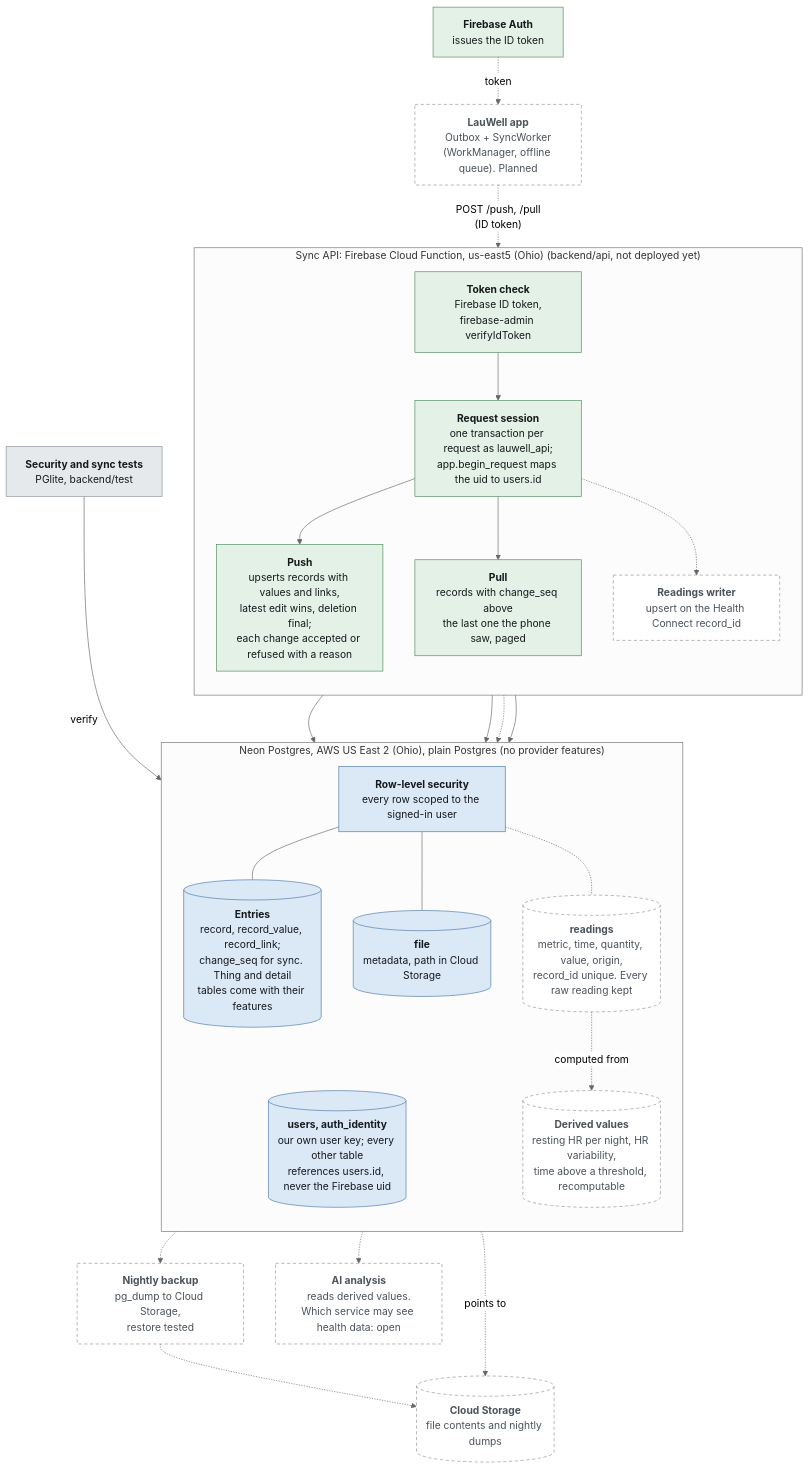
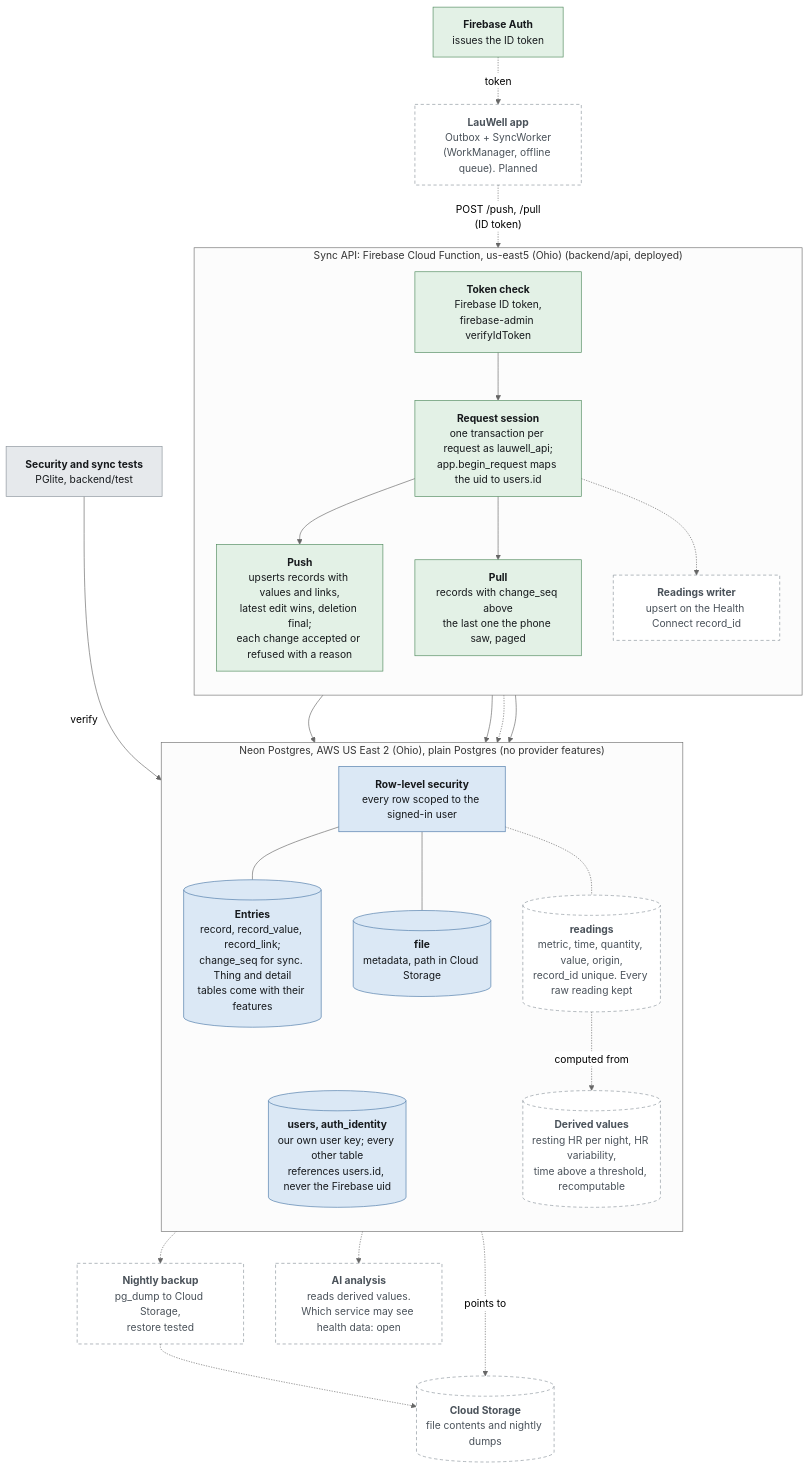
One commit to Laul/LauWell changed the diagram in docs/architecture/c4/c4-3-components-postgres.mmd. Above: the diagram before and after it, drawn with Mermaid (neutral theme). The commit also changed 3 other files, not shown here.

Commit message:
[docs] C4: the sync API is deployed (us-east5); the app not connected yet

```diff
--- a/docs/architecture/c4/c4-3-components-postgres.mmd
+++ b/docs/architecture/c4/c4-3-components-postgres.mmd
@@ -1,57 +1,57 @@
 %% C4 level 3 - Components of the Postgres store (Neon) and its sync API. Solid = built, dashed = planned.
-%% Updated 2026-11-11: schema v1 provisioned on Neon (backend/db/migrations); the sync API written (backend/api),
-%% not deployed yet. Source: decisions of 2026-11-04 (Persistence, Raw readings, Provider: Neon), Identity (2026-11-06),
+%% Updated 2026-11-11: schema v1 provisioned on Neon (backend/db/migrations); the sync API deployed (backend/api);
+%% the app not connected yet. Source: decisions of 2026-11-04 (Persistence, Raw readings, Provider: Neon), Identity (2026-11-06),
 %% Sync: our own (2026-11-09).
 flowchart TB
   classDef app fill:#2f3d4a,stroke:#9fb2c4,color:#ffffff
   classDef store fill:#dbe8f5,stroke:#4b78a8,color:#16191C
   classDef cloud fill:#e3f1e6,stroke:#4f8a5c,color:#16191C
   classDef ext fill:#e6e9ec,stroke:#8a939b,color:#16191C
   classDef planned fill:#ffffff,stroke:#8a939b,color:#4a525a,stroke-dasharray:5 4
 
   APP["<b>LauWell app</b><br/>Outbox + SyncWorker<br/>(WorkManager, offline queue). Planned"]:::planned
   AUTH["<b>Firebase Auth</b><br/>issues the ID token"]:::cloud
 
-  subgraph API["Sync API: Firebase Cloud Function, us-east5 (Ohio) (backend/api, not deployed yet)"]
+  subgraph API["Sync API: Firebase Cloud Function, us-east5 (Ohio) (backend/api, deployed)"]
     direction TB
     VERIFY["<b>Token check</b><br/>Firebase ID token,<br/>firebase-admin verifyIdToken"]:::cloud
     MAP["<b>Request session</b><br/>one transaction per request as lauwell_api;<br/>app.begin_request maps the uid to users.id"]:::cloud
     WRITE["<b>Push</b><br/>upserts records with values and links,<br/>latest edit wins, deletion final;<br/>each change accepted or refused with a reason"]:::cloud
     FEED["<b>Pull</b><br/>records with change_seq above<br/>the last one the phone saw, paged"]:::cloud
     RWRITE["<b>Readings writer</b><br/>upsert on the Health Connect record_id"]:::planned
   end
 
   subgraph PG["Neon Postgres, AWS US East 2 (Ohio), plain Postgres (no provider features)"]
     direction TB
     USERS[("<b>users, auth_identity</b><br/>our own user key; every other table<br/>references users.id, never the Firebase uid")]:::store
     ENT[("<b>Entries</b><br/>record, record_value, record_link;<br/>change_seq for sync. Thing and detail<br/>tables come with their features")]:::store
     RD[("<b>readings</b><br/>metric, time, quantity, value, origin,<br/>record_id unique. Every raw reading kept")]:::planned
     FILEM[("<b>file</b><br/>metadata, path in Cloud Storage")]:::store
     DER[("<b>Derived values</b><br/>resting HR per night, HR variability,<br/>time above a threshold, recomputable")]:::planned
     RLS["<b>Row-level security</b><br/>every row scoped to the signed-in user"]:::store
   end
 
   ST[("<b>Cloud Storage</b><br/>file contents and nightly dumps")]:::planned
   BKP["<b>Nightly backup</b><br/>pg_dump to Cloud Storage,<br/>restore tested"]:::planned
   TESTS["<b>Security and sync tests</b><br/>PGlite, backend/test"]:::ext
   AI["<b>AI analysis</b><br/>reads derived values.<br/>Which service may see health data: open"]:::planned
 
   APP -.->|"POST /push, /pull<br/>(ID token)"| VERIFY
   AUTH -.->|"token"| APP
   VERIFY --> MAP
   MAP --> WRITE
   MAP --> FEED
   MAP -.-> RWRITE
   WRITE --> ENT
   FEED --> ENT
   RWRITE -.-> RD
   MAP --> USERS
   RLS --- ENT
   RLS --- FILEM
   RLS -.- RD
   RD -.->|"computed from"| DER
   DER -.-> AI
   FILEM -.->|"points to"| ST
   PG -.-> BKP
   BKP -.-> ST
   TESTS -->|"verify"| RLS
```
